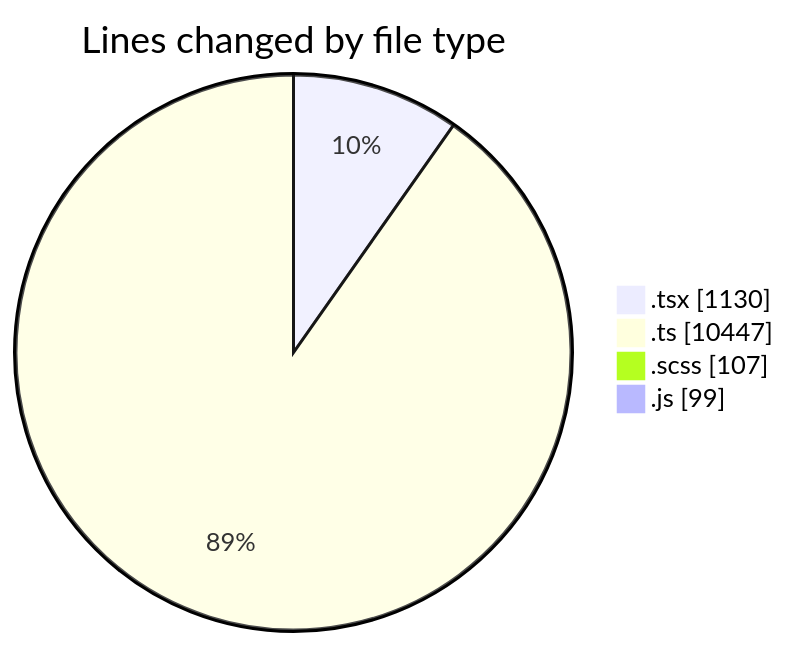
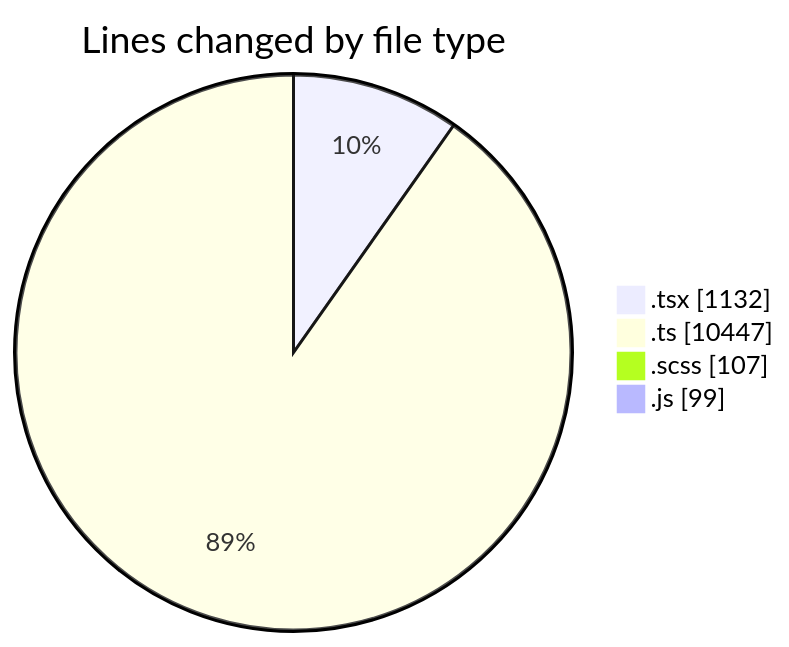
One commit to momahboobian/code-tracking changed the first of 2 diagrams in 2025-03-26/cda/README.md. Above: the diagram before and after it, drawn with Mermaid. The commit also changed other lines of this file and 1 other file, not shown here.

````diff
--- a/2025-03-26/cda/README.md
+++ b/2025-03-26/cda/README.md
@@ -42,8 +42,8 @@
 ```mermaid
 pie showData
 title Lines changed by file type
-".tsx" : 1130
+".tsx" : 1132
 ".ts" : 10447
 ".scss" : 107
 ".js" : 99
 ```
````
